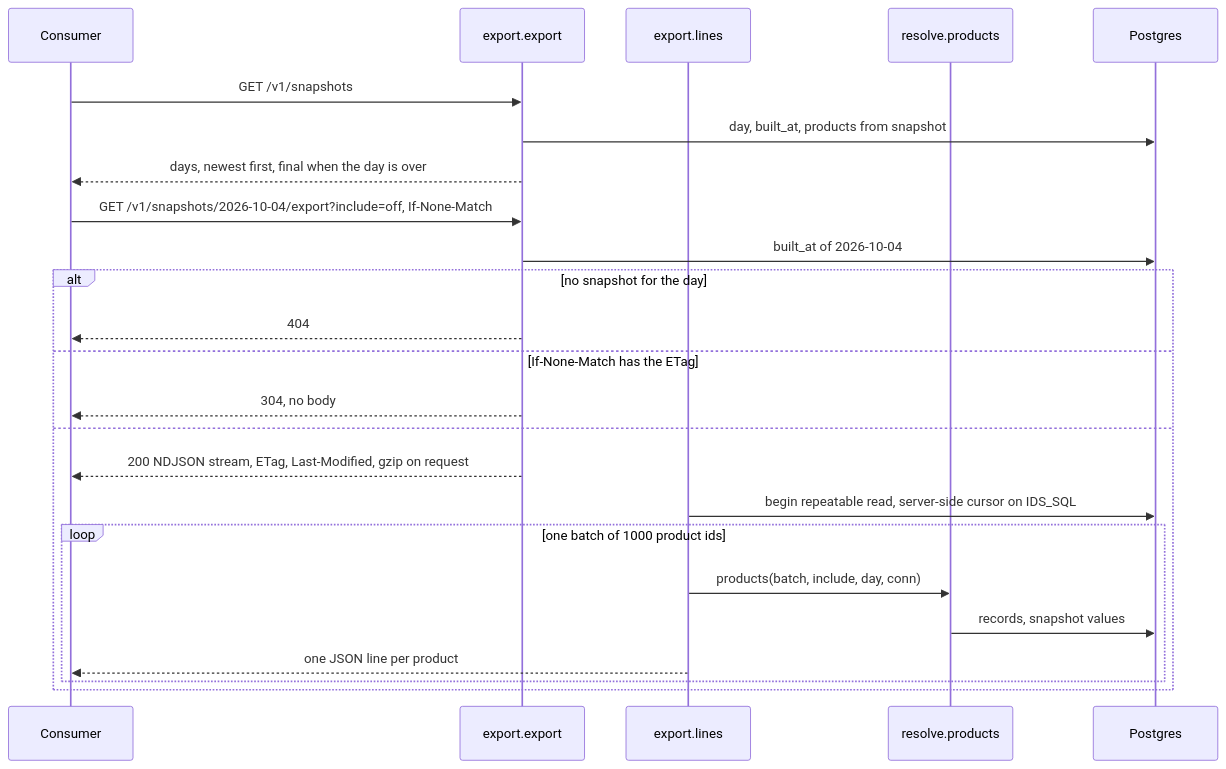
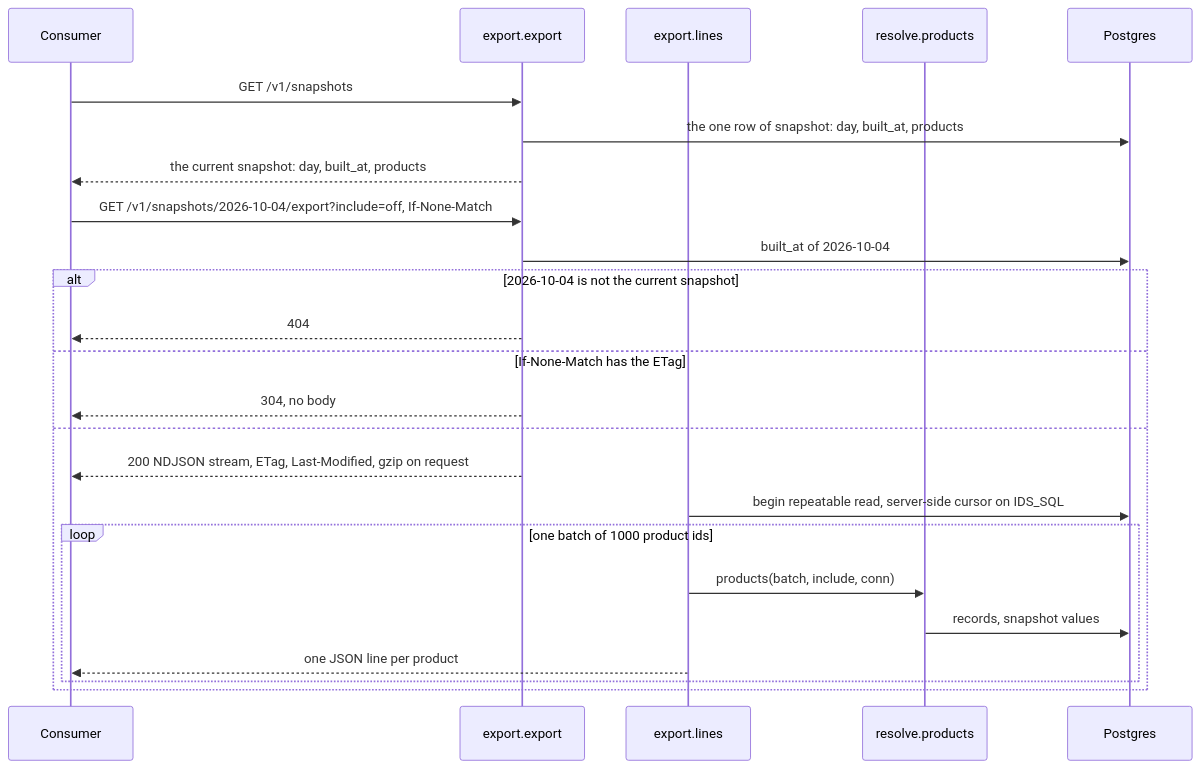
Before and after one commit to eait-fit/fooddb: diagram 13 of 19 in docs/architecture.md, drawn with Mermaid. The commit also changed other lines of this file and 20 other files, not shown here.

First line of the commit message:
Keep only the current snapshot: drop date pins and 30-day copies (#86) (#87)

````diff
--- a/docs/architecture.md
+++ b/docs/architecture.md
@@ -1299,26 +1288,26 @@
 ```mermaid
 sequenceDiagram
     participant Cl as Consumer
     participant A as export.export
     participant G as export.lines
     participant R as resolve.products
     participant P as Postgres
     Cl->>A: GET /v1/snapshots
-    A->>P: day, built_at, products from snapshot
-    A-->>Cl: days, newest first, final when the day is over
+    A->>P: the one row of snapshot: day, built_at, products
+    A-->>Cl: the current snapshot: day, built_at, products
     Cl->>A: GET /v1/snapshots/2026-10-04/export?include=off, If-None-Match
     A->>P: built_at of 2026-10-04
-    alt no snapshot for the day
+    alt 2026-10-04 is not the current snapshot
         A-->>Cl: 404
     else If-None-Match has the ETag
         A-->>Cl: 304, no body
     else
         A-->>Cl: 200 NDJSON stream, ETag, Last-Modified, gzip on request
         G->>P: begin repeatable read, server-side cursor on IDS_SQL
         loop one batch of 1000 product ids
-            G->>R: products(batch, include, day, conn)
+            G->>R: products(batch, include, conn)
             R->>P: records, snapshot values
             G-->>Cl: one JSON line per product
         end
     end
 ```
````
